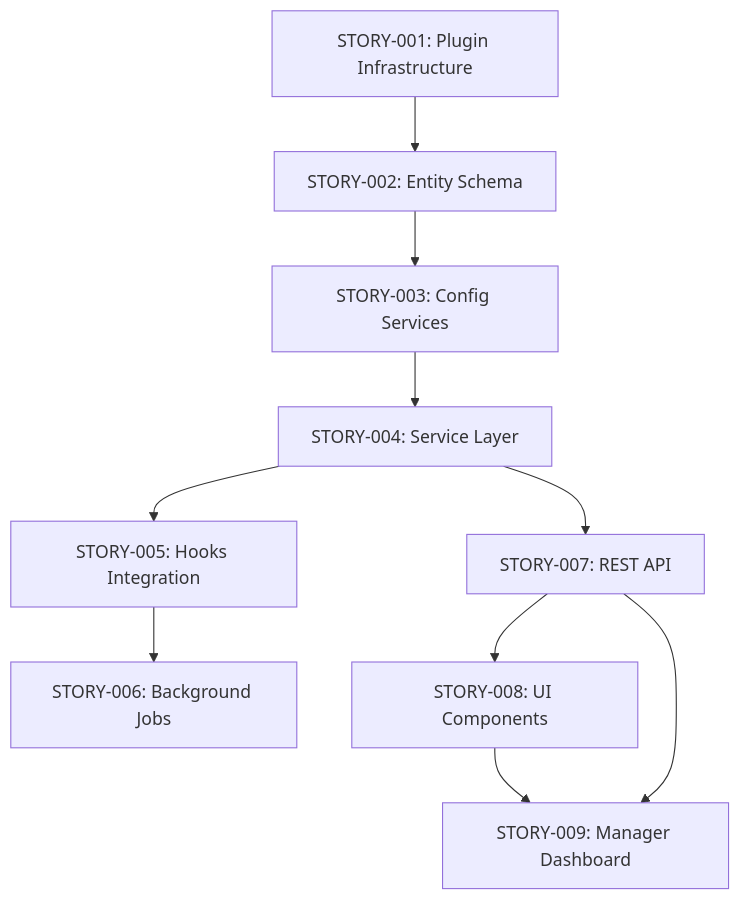
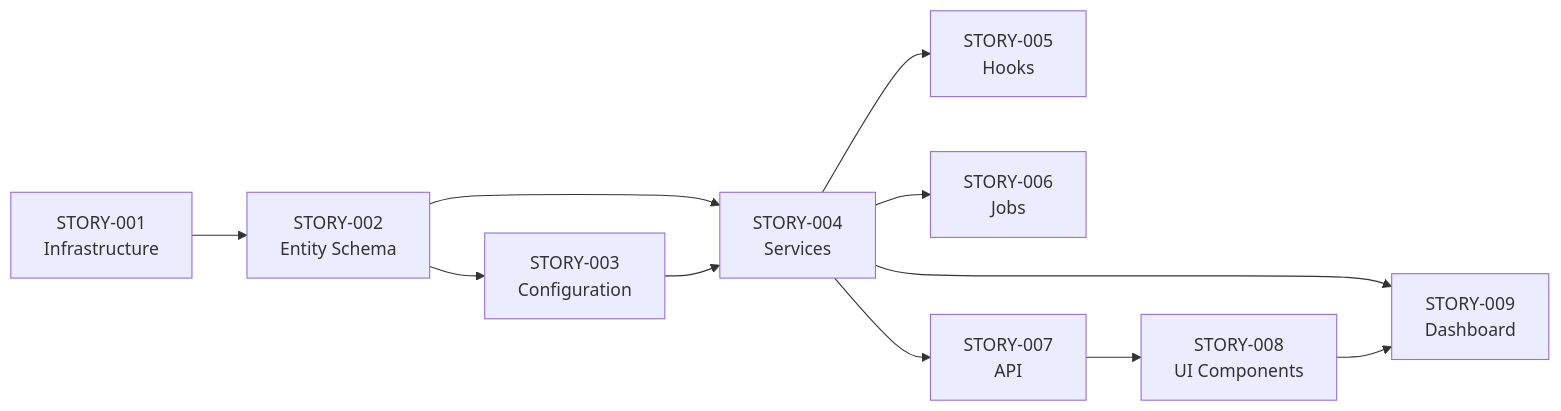
One commit to blitzy-public-samples/blitzy-WebVella-ERP changed the fifth of 5 diagrams in blitzy/documentation/Technical Specifications.md. Above: the diagram before and after it, drawn with Mermaid. The commit also changed other lines of this file, not shown here.

````diff
--- a/blitzy/documentation/Technical Specifications.md
+++ b/blitzy/documentation/Technical Specifications.md
@@ -740,22 +1332,13 @@
 ```mermaid
-graph TD
-    S001[STORY-001: Plugin Infrastructure]
-    S002[STORY-002: Entity Schema]
-    S003[STORY-003: Config Services]
-    S004[STORY-004: Service Layer]
-    S005[STORY-005: Hooks Integration]
-    S006[STORY-006: Background Jobs]
-    S007[STORY-007: REST API]
-    S008[STORY-008: UI Components]
-    S009[STORY-009: Manager Dashboard]
-    
-    S001 --> S002
-    S002 --> S003
-    S003 --> S004
-    S004 --> S005
-    S004 --> S007
-    S005 --> S006
-    S007 --> S008
-    S008 --> S009
-    S007 --> S009
+graph LR
+    S1[STORY-001<br>Infrastructure] --> S2[STORY-002<br>Entity Schema]
+    S2 --> S3[STORY-003<br>Configuration]
+    S2 --> S4[STORY-004<br>Services]
+    S3 --> S4
+    S4 --> S5[STORY-005<br>Hooks]
+    S4 --> S6[STORY-006<br>Jobs]
+    S4 --> S7[STORY-007<br>API]
+    S7 --> S8[STORY-008<br>UI Components]
+    S4 --> S9[STORY-009<br>Dashboard]
+    S8 --> S9
 ```
````
